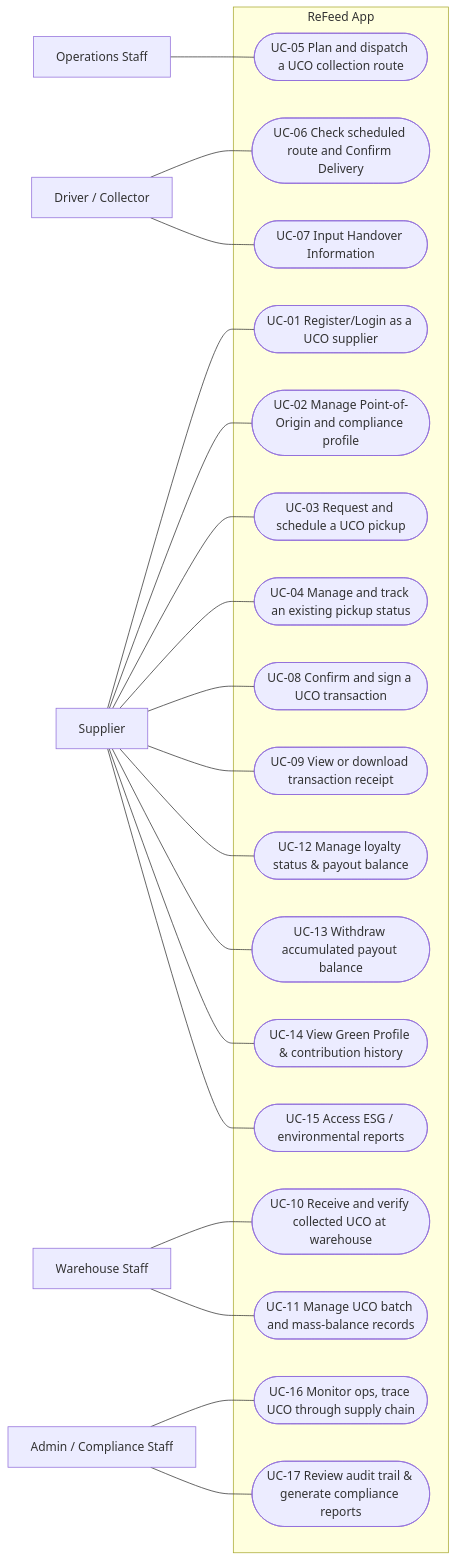
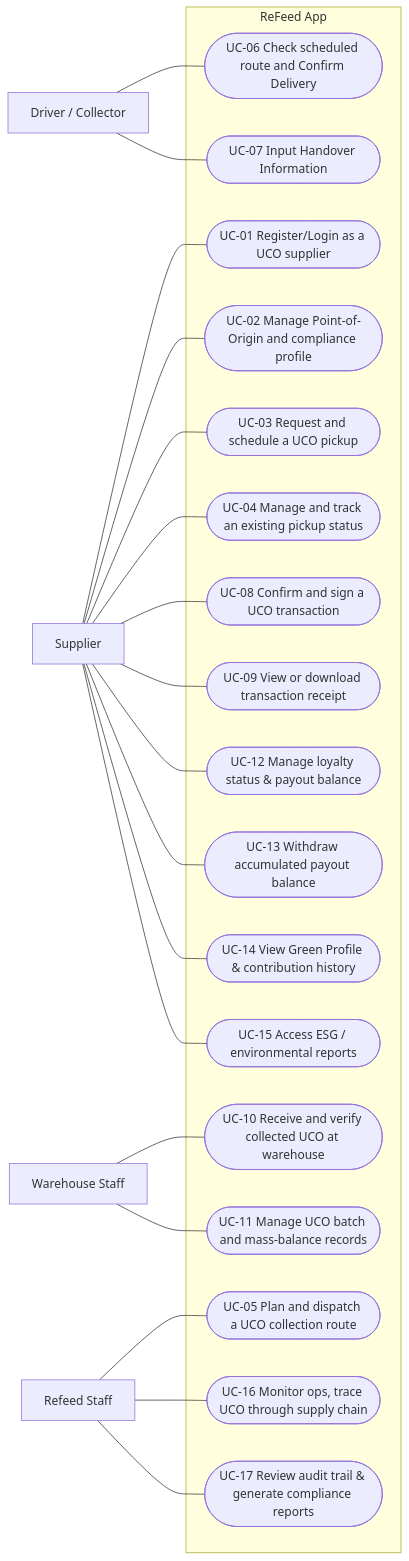
The diagram in docs/use-case/use-case-diagram.md (thuyvicbh-alt/DBIZ2---GROUP-D), drawn with Mermaid before and after one commit. The commit also changed other lines of this file, not shown here.

````diff
--- a/docs/use-case/use-case-diagram.md
+++ b/docs/use-case/use-case-diagram.md
@@ -11,50 +11,48 @@
 ```mermaid
 flowchart LR
   SUP["Supplier"]
-  OPS["Operations Staff"]
   DRV["Driver / Collector"]
   WAR["Warehouse Staff"]
-  ADM["Admin / Compliance Staff"]
+  RS["Refeed Staff"]
 
   subgraph APP["ReFeed App"]
     UC01(["UC-01 Register/Login as a UCO supplier"])
     UC02(["UC-02 Manage Point-of-Origin and compliance profile"])
     UC03(["UC-03 Request and schedule a UCO pickup"])
     UC04(["UC-04 Manage and track an existing pickup status"])
     UC05(["UC-05 Plan and dispatch a UCO collection route"])
     UC06(["UC-06 Check scheduled route and Confirm Delivery"])
     UC07(["UC-07 Input Handover Information"])
     UC08(["UC-08 Confirm and sign a UCO transaction"])
     UC09(["UC-09 View or download transaction receipt"])
     UC10(["UC-10 Receive and verify collected UCO at warehouse"])
     UC11(["UC-11 Manage UCO batch and mass-balance records"])
     UC12(["UC-12 Manage loyalty status & payout balance"])
     UC13(["UC-13 Withdraw accumulated payout balance"])
     UC14(["UC-14 View Green Profile & contribution history"])
     UC15(["UC-15 Access ESG / environmental reports"])
     UC16(["UC-16 Monitor ops, trace UCO through supply chain"])
     UC17(["UC-17 Review audit trail & generate compliance reports"])
   end
 
   SUP --- UC01
   SUP --- UC02
   SUP --- UC03
   SUP --- UC04
   SUP --- UC08
   SUP --- UC09
   SUP --- UC12
   SUP --- UC13
   SUP --- UC14
   SUP --- UC15
 
-  OPS --- UC05
-
   DRV --- UC06
   DRV --- UC07
 
   WAR --- UC10
   WAR --- UC11
 
-  ADM --- UC16
-  ADM --- UC17
+  RS --- UC05
+  RS --- UC16
+  RS --- UC17
 ```
````
